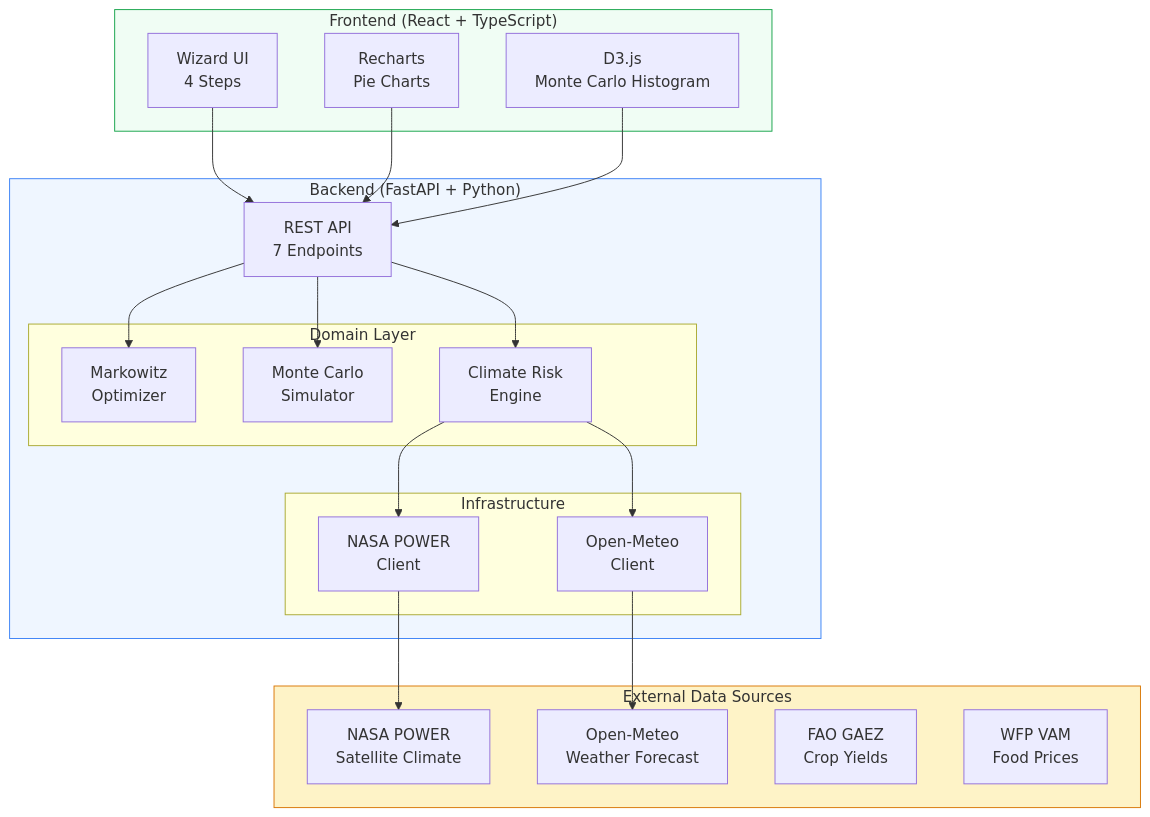
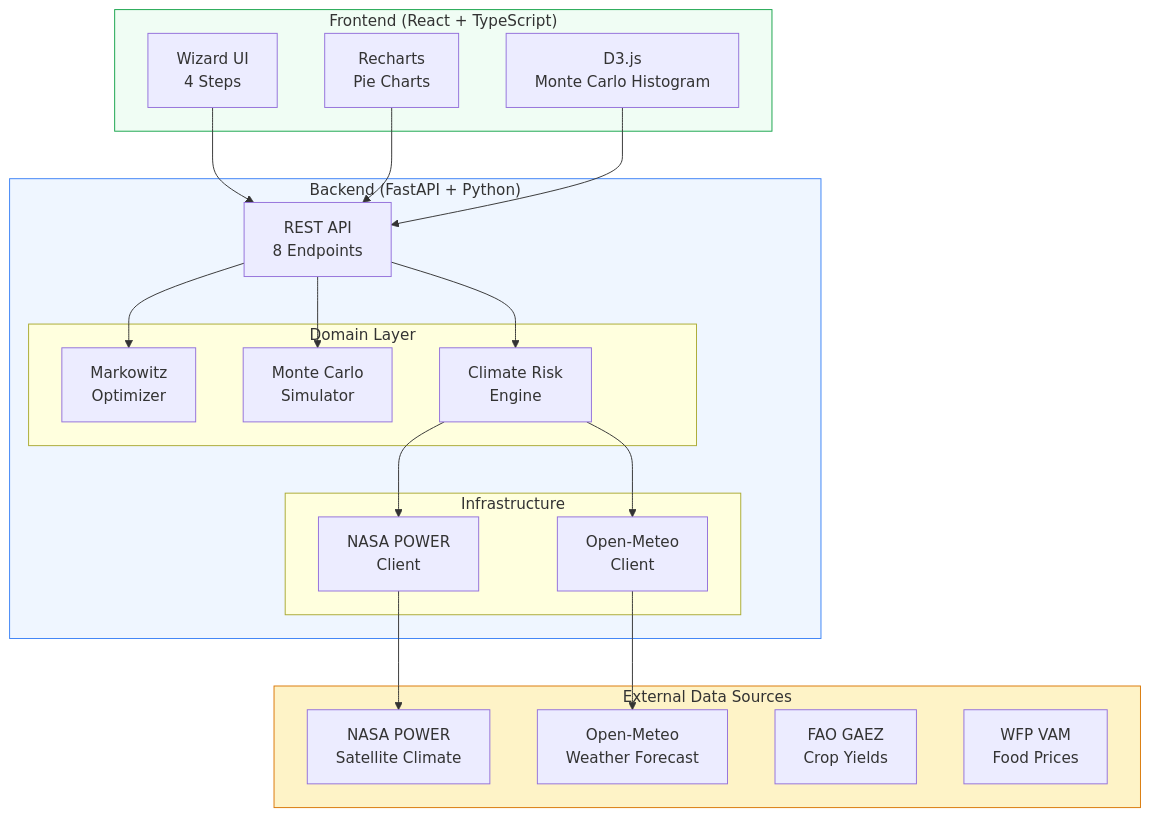
The third of 5 diagrams in README.md (soneeee22000/CropFolio), drawn with Mermaid before and after one commit. The commit also changed other lines of this file and 4 other files, not shown here.

````diff
--- a/README.md
+++ b/README.md
@@ -154,43 +154,43 @@
 ```mermaid
 graph TB
     subgraph Frontend["Frontend (React + TypeScript)"]
         UI["Wizard UI\n4 Steps"]
         Charts["Recharts\nPie Charts"]
         D3["D3.js\nMonte Carlo Histogram"]
     end
 
     subgraph Backend["Backend (FastAPI + Python)"]
-        API["REST API\n7 Endpoints"]
+        API["REST API\n8 Endpoints"]
         subgraph Domain["Domain Layer"]
             OPT["Markowitz\nOptimizer"]
             SIM["Monte Carlo\nSimulator"]
             CLM["Climate Risk\nEngine"]
         end
         subgraph Infra["Infrastructure"]
             NASA["NASA POWER\nClient"]
             METEO["Open-Meteo\nClient"]
         end
     end
 
     subgraph Data["External Data Sources"]
         NP["NASA POWER\nSatellite Climate"]
         OM["Open-Meteo\nWeather Forecast"]
         FAO["FAO GAEZ\nCrop Yields"]
         WFP["WFP VAM\nFood Prices"]
     end
 
     UI --> API
     Charts --> API
     D3 --> API
     API --> OPT
     API --> SIM
     API --> CLM
     CLM --> NASA
     CLM --> METEO
     NASA --> NP
     METEO --> OM
 
     style Frontend fill:#f0fdf4,stroke:#16a34a
     style Backend fill:#eff6ff,stroke:#3b82f6
     style Data fill:#fef3c7,stroke:#d97706
 ```
````
